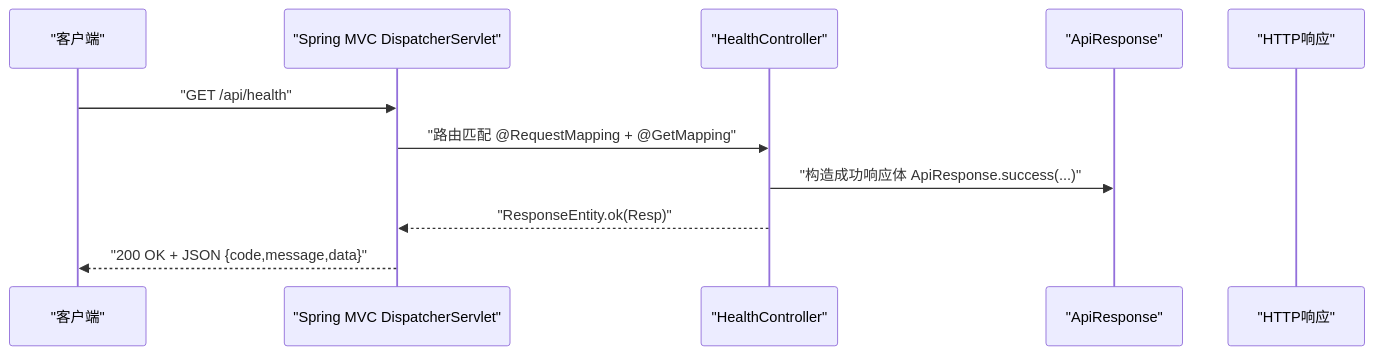
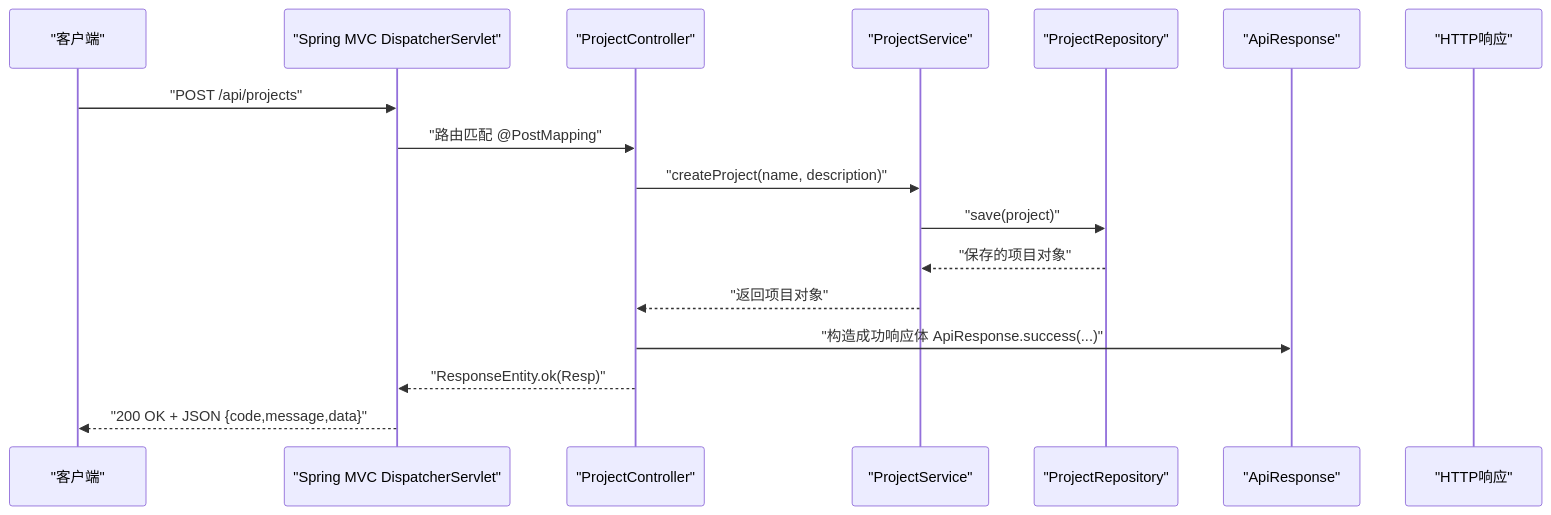
The second of 3 diagrams in .qoder/repowiki/zh/content/后端架构/API控制器层.md (zhou9832/test1-qoder), drawn with Mermaid before and after one commit. The commit also changed other lines of this file and 48 other files, not shown here.

````diff
--- a/.qoder/repowiki/zh/content/后端架构/API控制器层.md
+++ b/.qoder/repowiki/zh/content/后端架构/API控制器层.md
@@ -65,13 +95,19 @@
 ```mermaid
 sequenceDiagram
 participant Client as "客户端"
 participant SpringMVC as "Spring MVC DispatcherServlet"
-participant Controller as "HealthController"
+participant Controller as "ProjectController"
+participant Service as "ProjectService"
+participant Repo as "ProjectRepository"
 participant Resp as "ApiResponse"
 participant HTTP as "HTTP响应"
-Client->>SpringMVC : "GET /api/health"
-SpringMVC->>Controller : "路由匹配 @RequestMapping + @GetMapping"
+Client->>SpringMVC : "POST /api/projects"
+SpringMVC->>Controller : "路由匹配 @PostMapping"
+Controller->>Service : "createProject(name, description)"
+Service->>Repo : "save(project)"
+Repo-->>Service : "保存的项目对象"
+Service-->>Controller : "返回项目对象"
 Controller->>Resp : "构造成功响应体 ApiResponse.success(...)"
 Controller-->>SpringMVC : "ResponseEntity.ok(Resp)"
 SpringMVC-->>Client : "200 OK + JSON {code,message,data}"
 ```
````
